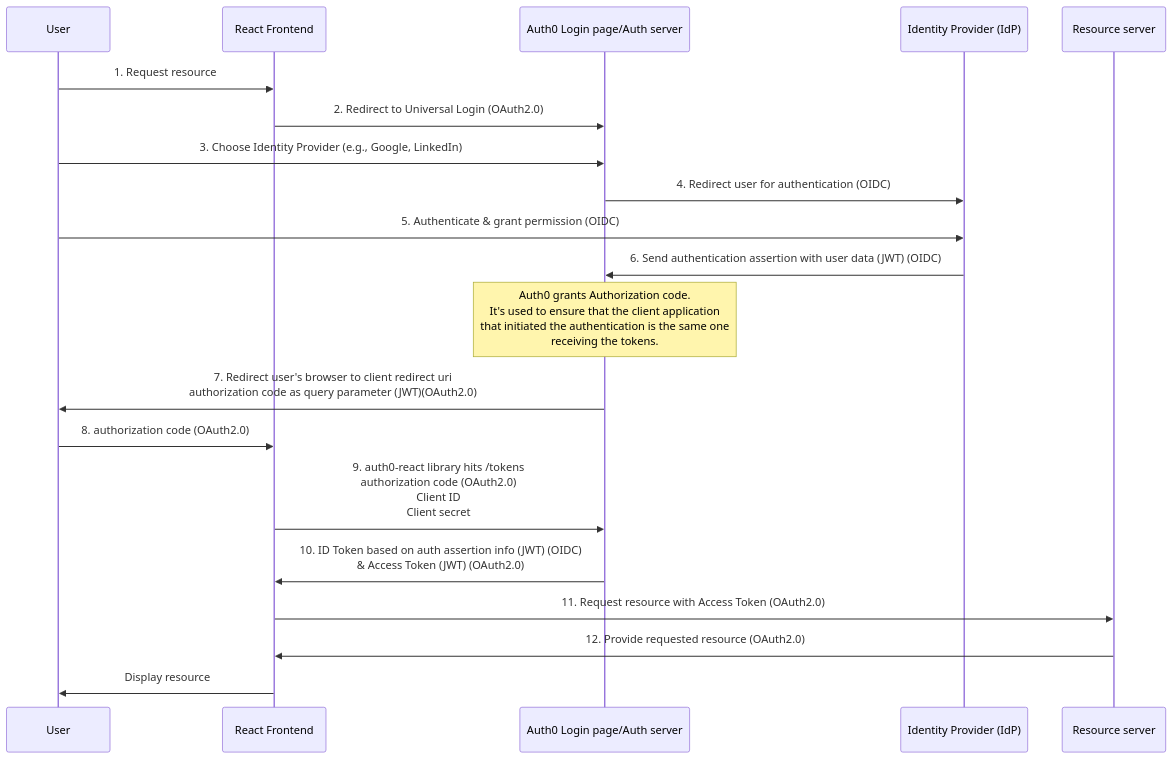
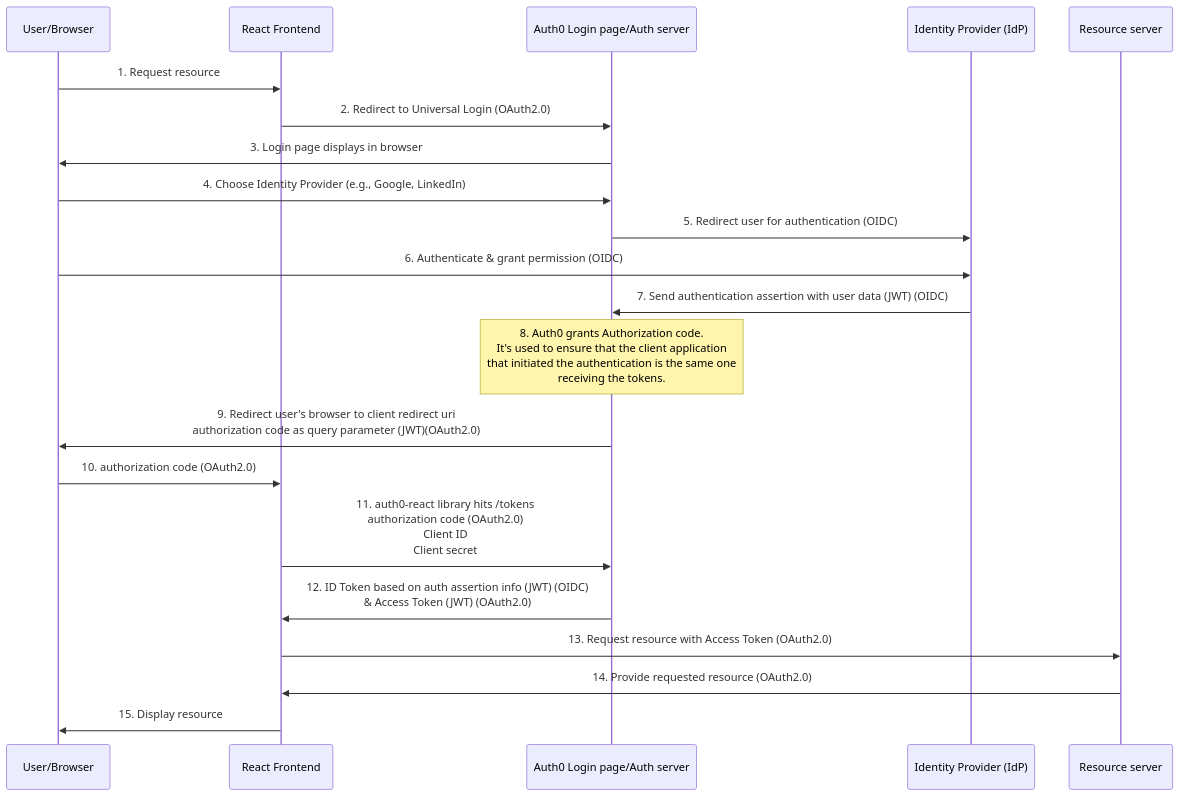
Before and after one commit to aeharriman/notes-on-auth0-java-springboot: the third of 5 diagrams in README.md, drawn with Mermaid.

Commit message:
Added login page displays in browser

````diff
--- a/README.md
+++ b/README.md
@@ -59,23 +59,24 @@
 ```mermaid
 sequenceDiagram
-    participant User
+    participant User as User/Browser
     participant Client as React Frontend
     participant Auth0 as Auth0 Login page/Auth server
     participant IdP as Identity Provider (IdP)
     participant RS as Resource server
 
     User->>Client: 1. Request resource
     Client->>Auth0: 2. Redirect to Universal Login (OAuth2.0)
-    User->>Auth0: 3. Choose Identity Provider (e.g., Google, LinkedIn)
-    Auth0->>IdP: 4. Redirect user for authentication (OIDC)
-    User->>IdP: 5. Authenticate & grant permission (OIDC)
-    IdP->>Auth0: 6. Send authentication assertion with user data (JWT) (OIDC)
-    Note over Auth0: Auth0 grants Authorization code.<br/>It's used to ensure that the client application<br/>that initiated the authentication is the same one<br/>receiving the tokens.
-    Auth0->>User: 7. Redirect user's browser to client redirect uri <br/>authorization code as query parameter (JWT)(OAuth2.0)
-    User->>Client: 8. authorization code (OAuth2.0)
-    Client->>Auth0: 9. auth0-react library hits /tokens<br/> authorization code (OAuth2.0)<br/> Client ID<br/> Client secret
-    Auth0->>Client: 10. ID Token based on auth assertion info (JWT) (OIDC)<br/>& Access Token (JWT) (OAuth2.0)
-    Client->>RS: 11. Request resource with Access Token (OAuth2.0)
-    RS->>Client: 12. Provide requested resource (OAuth2.0)
-    Client->>User: Display resource
+    Auth0->>User: 3. Login page displays in browser
+    User->>Auth0: 4. Choose Identity Provider (e.g., Google, LinkedIn)
+    Auth0->>IdP: 5. Redirect user for authentication (OIDC)
+    User->>IdP: 6. Authenticate & grant permission (OIDC)
+    IdP->>Auth0: 7. Send authentication assertion with user data (JWT) (OIDC)
+    Note over Auth0: 8. Auth0 grants Authorization code.<br/>It's used to ensure that the client application<br/>that initiated the authentication is the same one<br/>receiving the tokens.
+    Auth0->>User: 9. Redirect user's browser to client redirect uri <br/>authorization code as query parameter (JWT)(OAuth2.0)
+    User->>Client: 10. authorization code (OAuth2.0)
+    Client->>Auth0: 11. auth0-react library hits /tokens<br/> authorization code (OAuth2.0)<br/> Client ID<br/> Client secret
+    Auth0->>Client: 12. ID Token based on auth assertion info (JWT) (OIDC)<br/>& Access Token (JWT) (OAuth2.0)
+    Client->>RS: 13. Request resource with Access Token (OAuth2.0)
+    RS->>Client: 14. Provide requested resource (OAuth2.0)
+    Client->>User: 15. Display resource
 ```
````
